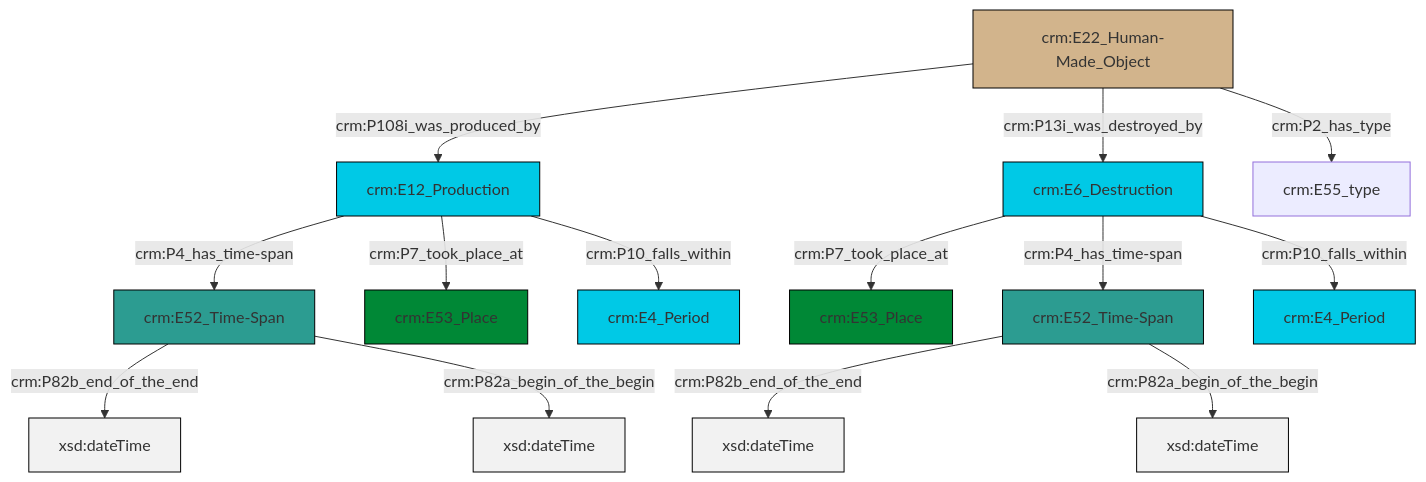
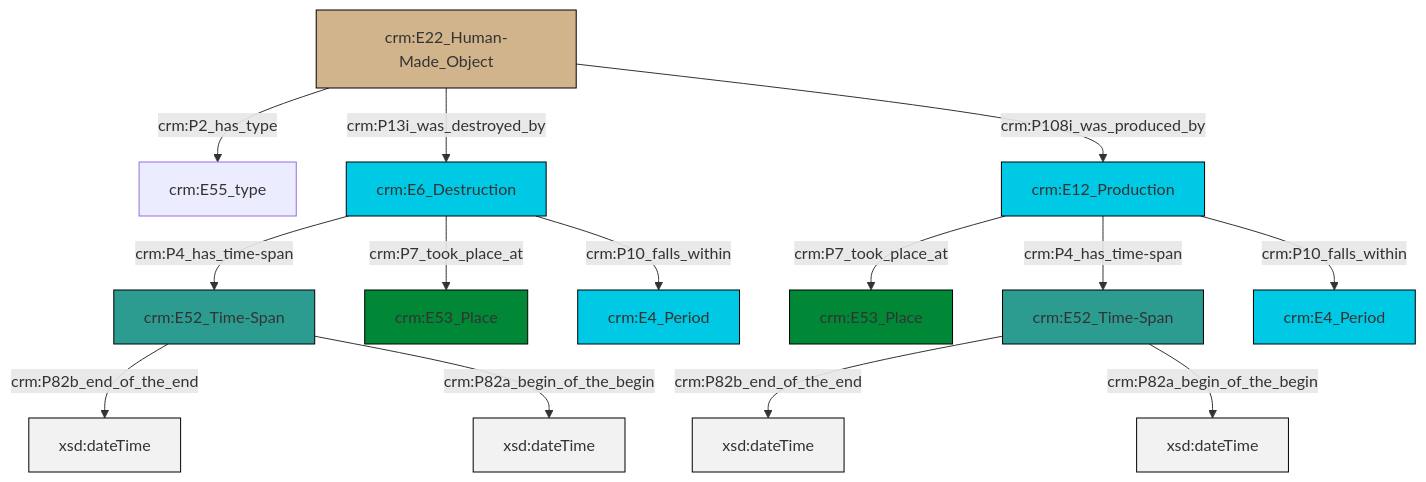
The diagram in et/builtWorkCSV/ttl/mmd/Built_Work_existence.ttl.mmd (swiss-art-research-net/reference-data-models), drawn with Mermaid before and after one commit. The commit also changed 151 other files, not shown here.

```diff
--- a/et/builtWorkCSV/ttl/mmd/Built_Work_existence.ttl.mmd
+++ b/et/builtWorkCSV/ttl/mmd/Built_Work_existence.ttl.mmd
@@ -1,28 +1,28 @@
 graph TD
 classDef Literal fill:#f2f2f2,stroke:#000000;
 classDef CRM_Entity fill:#FFFFFF,stroke:#000000;
 classDef Temporal_Entity fill:#00C9E6, stroke:#000000;
 classDef Type fill:#E18312, stroke:#000000;
 classDef Time-Span fill:#2C9C91, stroke:#000000;
 classDef Appellation fill:#FFEB7F, stroke:#000000;
 classDef Place fill:#008836, stroke:#000000;
 classDef Persistent_Item fill:#B266B2, stroke:#000000;
 classDef Conceptual_Object fill:#FFD700, stroke:#000000;
 classDef Physical_Thing fill:#D2B48C, stroke:#000000;
 classDef Actor fill:#f58aad, stroke:#000000;
 classDef PC_Classes fill:#4ce600, stroke:#000000;
 classDef Multi fill:#cccccc,stroke:#000000;
 
-0["crm:E6_Destruction"]:::Temporal_Entity -->|crm:P7_took_place_at| 1["crm:E53_Place"]:::Place
-2["crm:E22_Human-Made_Object"]:::Physical_Thing -->|crm:P108i_was_produced_by| 3["crm:E12_Production"]:::Temporal_Entity
-3["crm:E12_Production"]:::Temporal_Entity -->|crm:P4_has_time-span| 4["crm:E52_Time-Span"]:::Time-Span
-2["crm:E22_Human-Made_Object"]:::Physical_Thing -->|crm:P13i_was_destroyed_by| 0["crm:E6_Destruction"]:::Temporal_Entity
-8["crm:E52_Time-Span"]:::Time-Span -->|crm:P82b_end_of_the_end| 9[xsd:dateTime]:::Literal
-4["crm:E52_Time-Span"]:::Time-Span -->|crm:P82b_end_of_the_end| 13[xsd:dateTime]:::Literal
-2["crm:E22_Human-Made_Object"]:::Physical_Thing -->|crm:P2_has_type| 14["crm:E55_type"]:::Default
-8["crm:E52_Time-Span"]:::Time-Span -->|crm:P82a_begin_of_the_begin| 15[xsd:dateTime]:::Literal
-4["crm:E52_Time-Span"]:::Time-Span -->|crm:P82a_begin_of_the_begin| 16[xsd:dateTime]:::Literal
-0["crm:E6_Destruction"]:::Temporal_Entity -->|crm:P4_has_time-span| 8["crm:E52_Time-Span"]:::Time-Span
-0["crm:E6_Destruction"]:::Temporal_Entity -->|crm:P10_falls_within| 19["crm:E4_Period"]:::Temporal_Entity
-3["crm:E12_Production"]:::Temporal_Entity -->|crm:P7_took_place_at| 5["crm:E53_Place"]:::Place
-3["crm:E12_Production"]:::Temporal_Entity -->|crm:P10_falls_within| 11["crm:E4_Period"]:::Temporal_Entity
+0["crm:E12_Production"]:::Temporal_Entity -->|crm:P7_took_place_at| 1["crm:E53_Place"]:::Place
+2["crm:E6_Destruction"]:::Temporal_Entity -->|crm:P4_has_time-span| 3["crm:E52_Time-Span"]:::Time-Span
+0["crm:E12_Production"]:::Temporal_Entity -->|crm:P4_has_time-span| 4["crm:E52_Time-Span"]:::Time-Span
+2["crm:E6_Destruction"]:::Temporal_Entity -->|crm:P7_took_place_at| 5["crm:E53_Place"]:::Place
+3["crm:E52_Time-Span"]:::Time-Span -->|crm:P82b_end_of_the_end| 6[xsd:dateTime]:::Literal
+0["crm:E12_Production"]:::Temporal_Entity -->|crm:P10_falls_within| 7["crm:E4_Period"]:::Temporal_Entity
+3["crm:E52_Time-Span"]:::Time-Span -->|crm:P82a_begin_of_the_begin| 8[xsd:dateTime]:::Literal
+9["crm:E22_Human-Made_Object"]:::Physical_Thing -->|crm:P2_has_type| 10["crm:E55_type"]:::Default
+4["crm:E52_Time-Span"]:::Time-Span -->|crm:P82b_end_of_the_end| 12[xsd:dateTime]:::Literal
+4["crm:E52_Time-Span"]:::Time-Span -->|crm:P82a_begin_of_the_begin| 13[xsd:dateTime]:::Literal
+9["crm:E22_Human-Made_Object"]:::Physical_Thing -->|crm:P13i_was_destroyed_by| 2["crm:E6_Destruction"]:::Temporal_Entity
+2["crm:E6_Destruction"]:::Temporal_Entity -->|crm:P10_falls_within| 18["crm:E4_Period"]:::Temporal_Entity
+9["crm:E22_Human-Made_Object"]:::Physical_Thing -->|crm:P108i_was_produced_by| 0["crm:E12_Production"]:::Temporal_Entity
```
